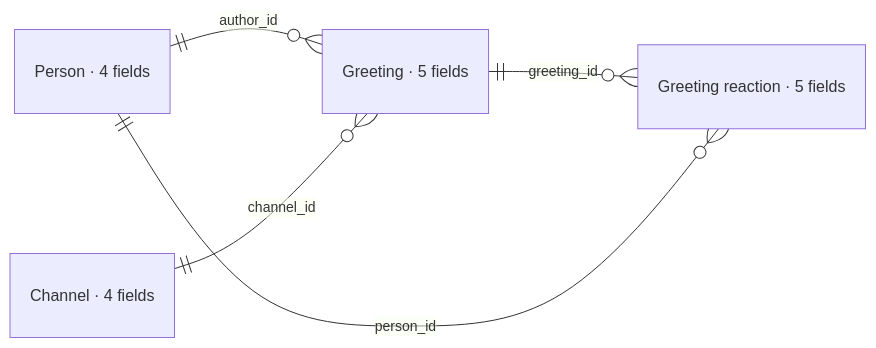
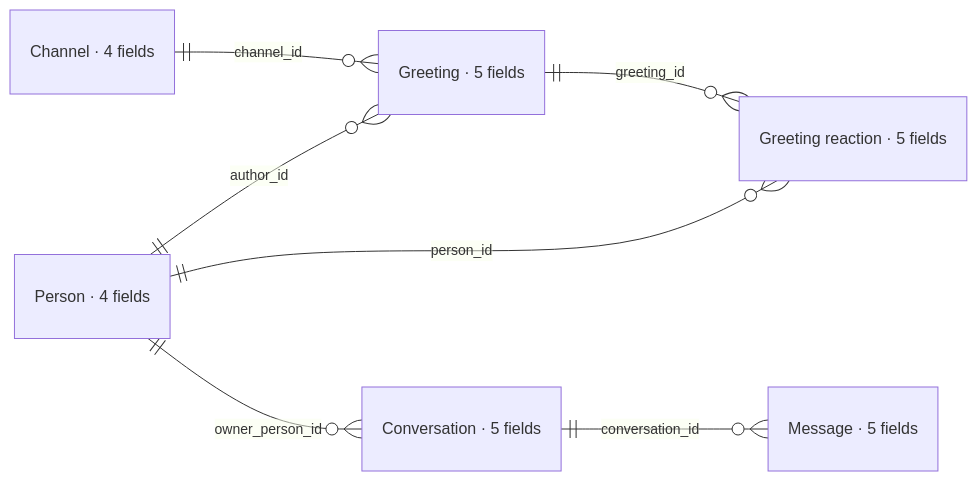
One commit to einmalik1/helloworld changed the diagram in openspec/data-model/generated/big-picture.mmd. Above: the diagram before and after it, drawn with Mermaid. The commit also changed 100 other files, not shown here.

```diff
--- a/openspec/data-model/generated/big-picture.mmd
+++ b/openspec/data-model/generated/big-picture.mmd
@@ -1,13 +1,17 @@
 %% Big Picture — all tables, business FK edges
 %% Generated by spark/generators — do not edit by hand.
 %% Source: openspec/data-model/schema.sql (DDL SoT); categories from spark/repo-profile.yaml
 erDiagram
   direction LR
   person["Person · 4 fields"]
   channel["Channel · 4 fields"]
   greeting["Greeting · 5 fields"]
   greeting_reaction["Greeting reaction · 5 fields"]
+  conversation["Conversation · 5 fields"]
+  message["Message · 5 fields"]
   person ||--o{ greeting : "author_id"
   channel ||--o{ greeting : "channel_id"
   greeting ||--o{ greeting_reaction : "greeting_id"
   person ||--o{ greeting_reaction : "person_id"
+  person ||--o{ conversation : "owner_person_id"
+  conversation ||--o{ message : "conversation_id"
```
